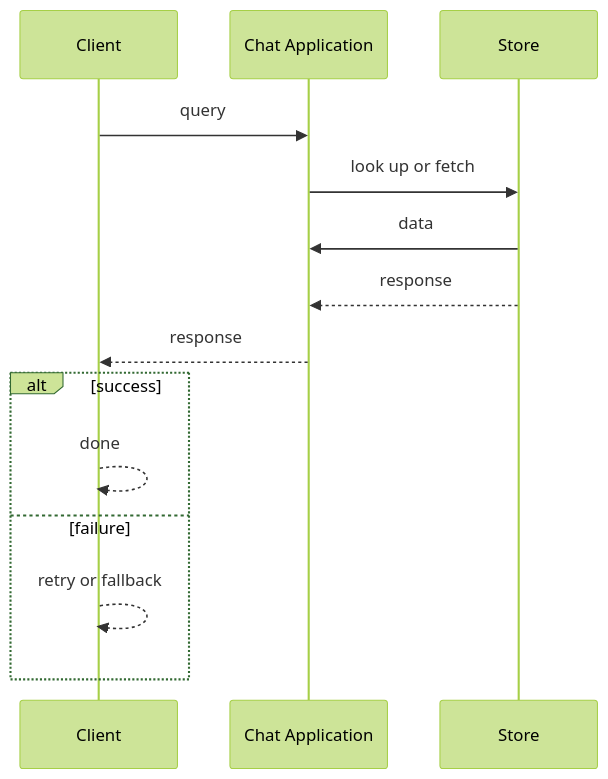
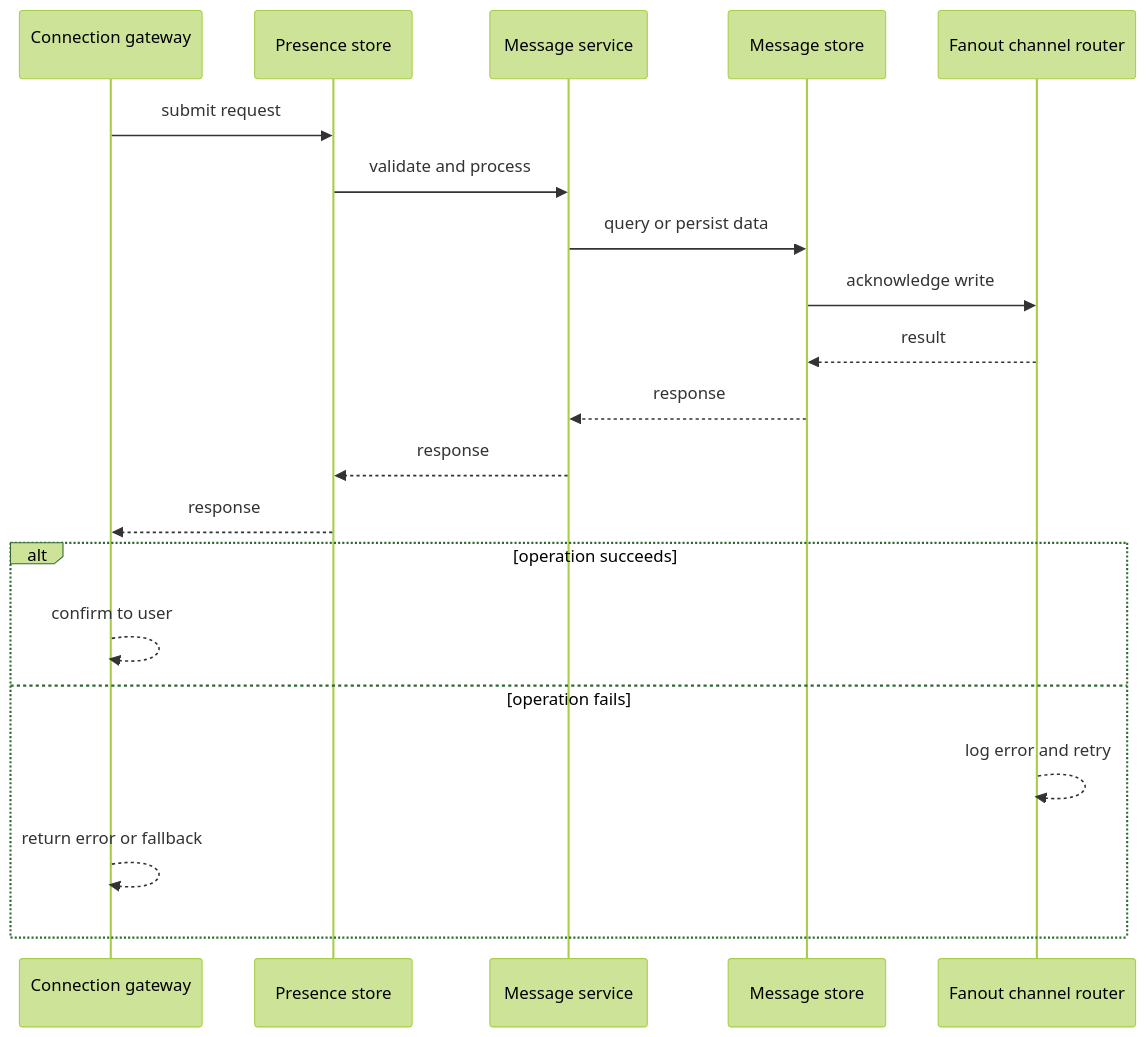
The diagram in diagrams/case-studies/chat-application/request-sequence.mmd (RIT-MESH/system-design-mastery), drawn with Mermaid (forest theme) before and after one commit. The commit also changed 127 other files, not shown here.

First line of the commit message:
Improve all case study diagrams: case-specific sequences, fix truncated labels

```diff
--- a/diagrams/case-studies/chat-application/request-sequence.mmd
+++ b/diagrams/case-studies/chat-application/request-sequence.mmd
@@ -1,15 +1,21 @@
 %% created-for: system-design-mastery
 sequenceDiagram
-  participant P0 as Client
-  participant P1 as Chat Application
-  participant P2 as Store
-  P0 ->> P1: query
-  P1 ->> P2: look up or fetch
-  P2 ->> P1: data
+  participant P0 as Connection gateway<br >
+  participant P1 as Presence store
+  participant P2 as Message service
+  participant P3 as Message store
+  participant P4 as Fanout channel router
+  P0 ->> P1: submit request
+  P1 ->> P2: validate and process
+  P2 ->> P3: query or persist data
+  P3 ->> P4: acknowledge write
+  P4 -->> P3: result
+  P3 -->> P2: response
   P2 -->> P1: response
   P1 -->> P0: response
-  alt success
-    P0 -->> P0: done
-  else failure
-    P0 -->> P0: retry or fallback
+  alt operation succeeds
+    P0 -->> P0: confirm to user
+  else operation fails
+    P4 -->> P4: log error and retry
+    P0 -->> P0: return error or fallback
   end
```
